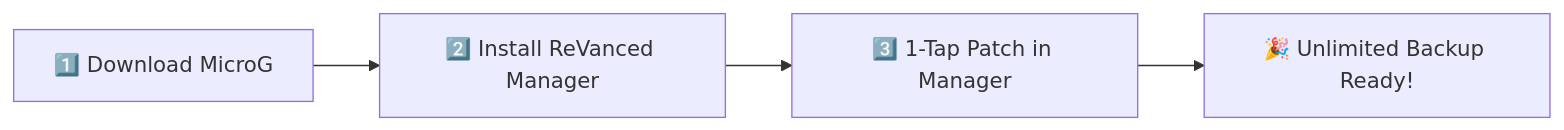
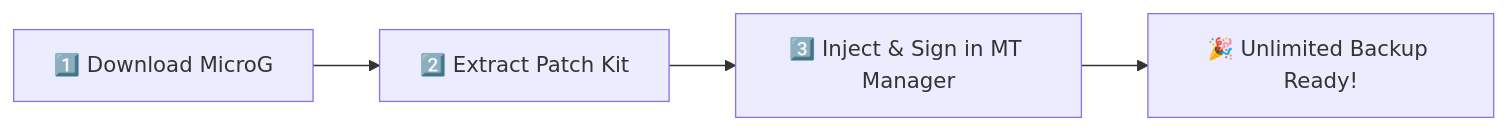
Before and after one commit to shohagranasuvo/Google_Photos_Unlimited: the diagram in docs/installation.md, drawn with Mermaid. The commit also changed other lines of this file and 1 other file, not shown here.

Commit message:
docs: replace ReVanced Manager instructions with MT Manager / APK Editor phone guide

````diff
--- a/docs/installation.md
+++ b/docs/installation.md
@@ -32,6 +32,6 @@
 ```mermaid
 flowchart LR
-    A["1️⃣ Download MicroG"] --> B["2️⃣ Install ReVanced Manager"]
-    B --> C["3️⃣ 1-Tap Patch in Manager"]
+    A["1️⃣ Download MicroG"] --> B["2️⃣ Extract Patch Kit"]
+    B --> C["3️⃣ Inject & Sign in MT Manager"]
     C --> D["🎉 Unlimited Backup Ready!"]
 ```
````
